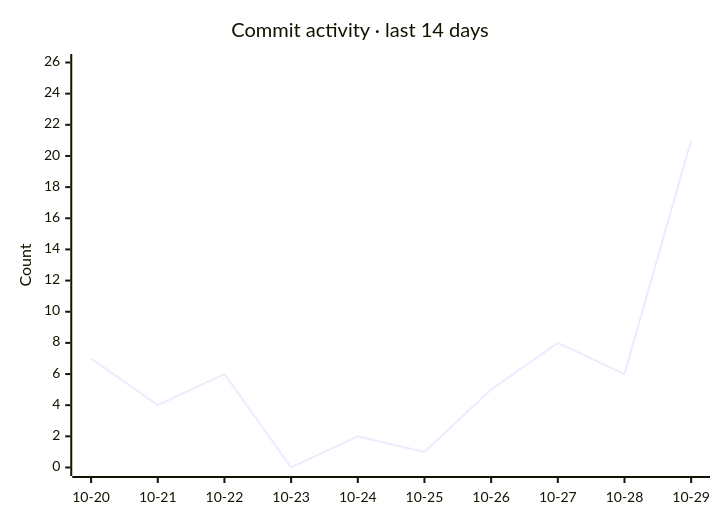
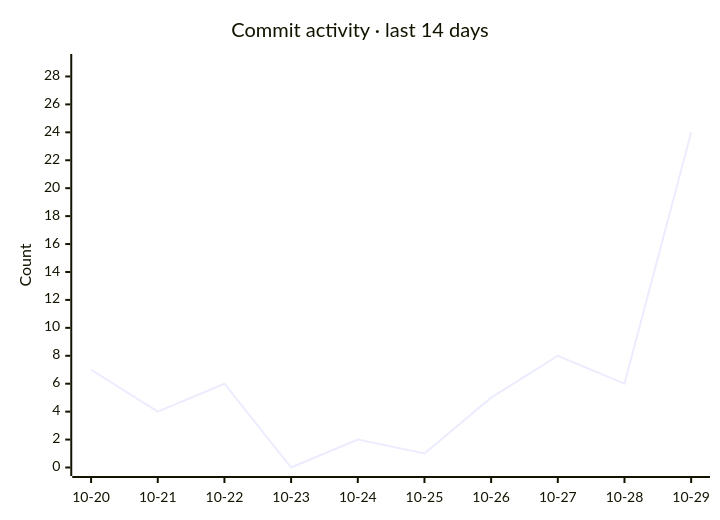
Before and after one commit to razzaqinspires/whiskay-bot: the second of 2 diagrams in README.md, drawn with Mermaid. The commit also changed other lines of this file and 2 other files, not shown here.

Commit message:
chore(metrics): refresh GitHub traffic and update timestamp [skip ci]

````diff
--- a/README.md
+++ b/README.md
@@ -323,7 +323,7 @@
 ```mermaid
 xychart-beta
     title "Commit activity · last 14 days"
     x-axis ["10-20", "10-21", "10-22", "10-23", "10-24", "10-25", "10-26", "10-27", "10-28", "10-29"]
-    y-axis "Count" 0 --> 26
-    line [7, 4, 6, 0, 2, 1, 5, 8, 6, 21]
+    y-axis "Count" 0 --> 29
+    line [7, 4, 6, 0, 2, 1, 5, 8, 6, 24]
 ```
````
